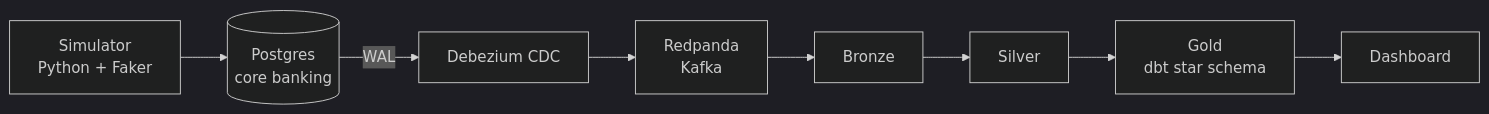
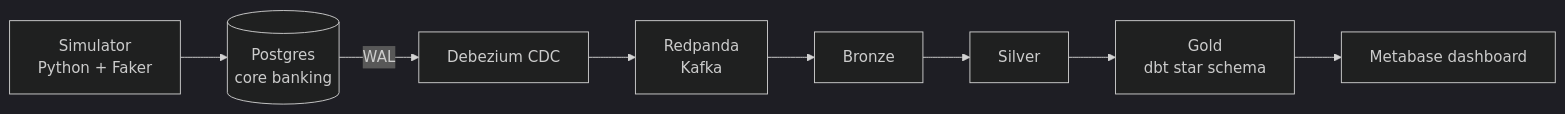
The diagram in README.md (ashwanikumar280814-sketch/banking---pipeline), drawn with Mermaid (dark theme) before and after one commit. The commit also changed other lines of this file, not shown here.

````diff
--- a/README.md
+++ b/README.md
@@ -9,10 +7,10 @@
 ```mermaid
 flowchart LR
     A[Simulator<br/>Python + Faker] --> B[(Postgres<br/>core banking)]
     B -->|WAL| C[Debezium CDC]
     C --> D[Redpanda<br/>Kafka]
     D --> E[Bronze]
     E --> F[Silver]
     F --> G[Gold<br/>dbt star schema]
-    G --> H[Dashboard]
+    G --> H[Metabase dashboard]
 ```
````
